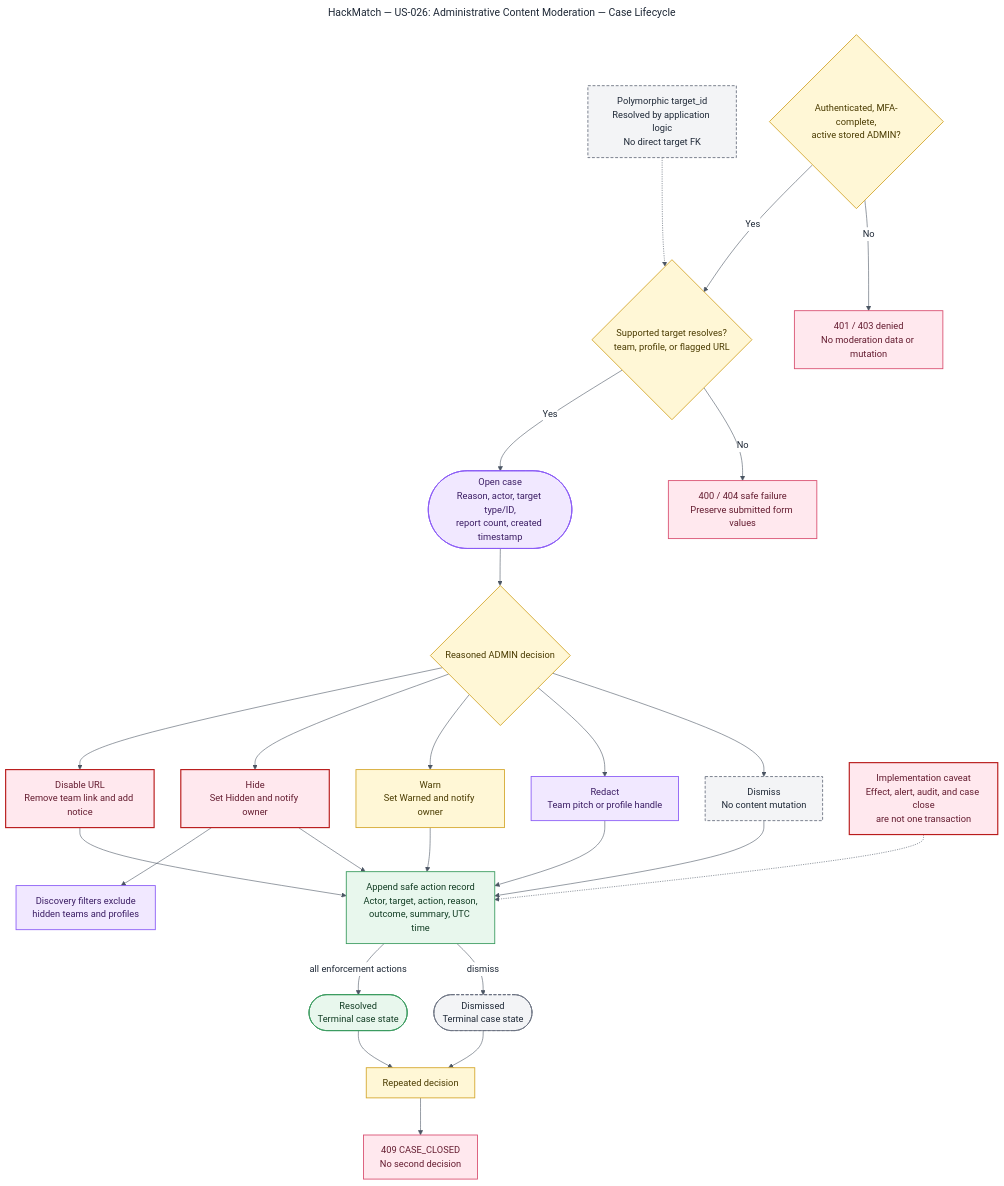
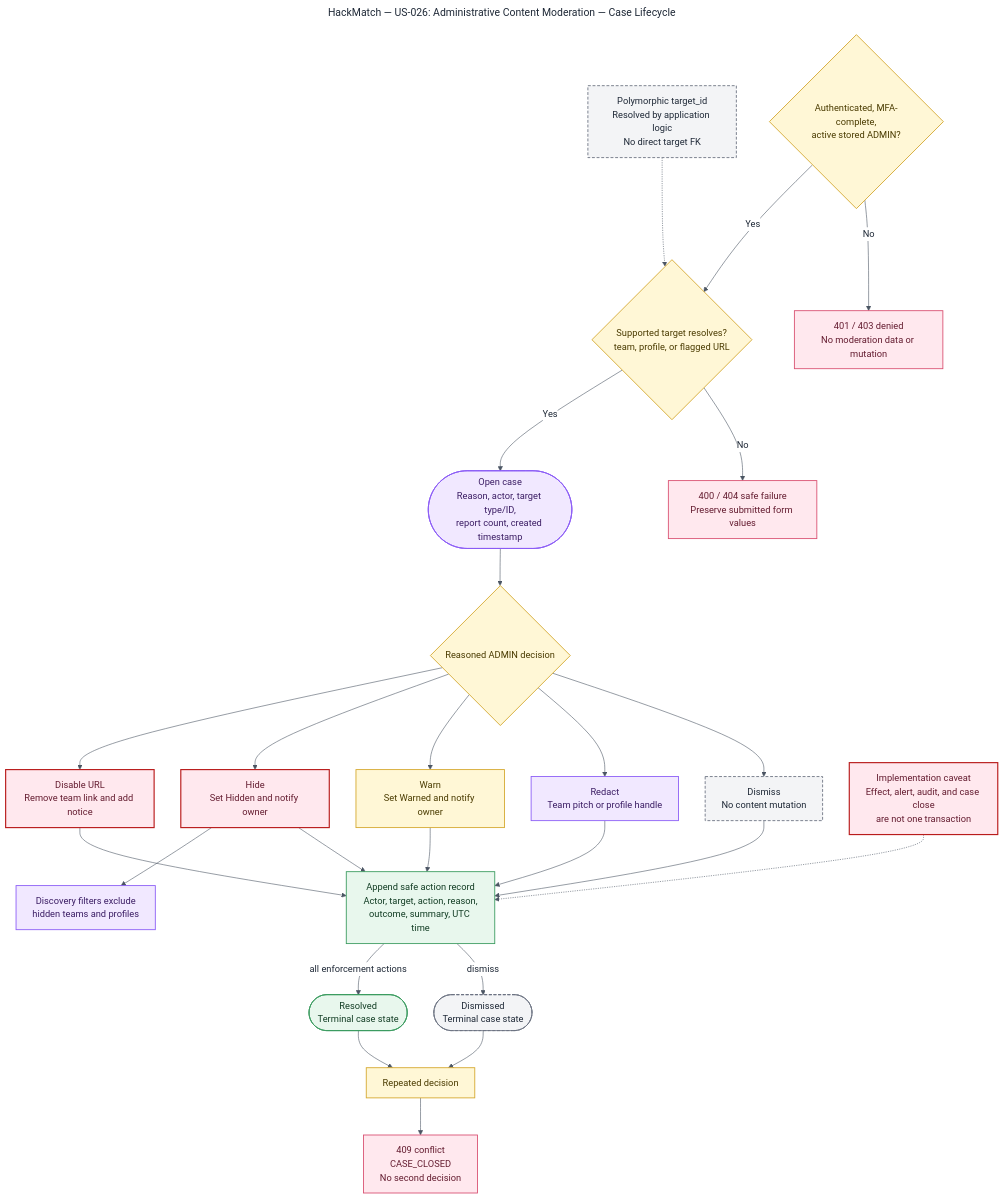
One commit to comp313-g1/HackMatch changed the diagram in docs/diagrams/US-026/US-026-moderation-case-lifecycle-flow.mmd. Above: the diagram before and after it, drawn with Mermaid. The commit also changed 54 other files, not shown here.

Commit message:
docs(diagrams): add US-035 and align engineering diagrams (#450)

```diff
--- a/docs/diagrams/US-026/US-026-moderation-case-lifecycle-flow.mmd
+++ b/docs/diagrams/US-026/US-026-moderation-case-lifecycle-flow.mmd
@@ -1,56 +1,56 @@
 ---
 title: "HackMatch — US-026: Administrative Content Moderation — Case Lifecycle"
 ---
 %%{init: {"theme":"base","themeVariables":{"background":"#ffffff","primaryTextColor":"#1f2937","lineColor":"#4b5563","edgeLabelBackground":"#ffffff","fontFamily":"Arial, sans-serif"},"flowchart":{"useMaxWidth":true,"htmlLabels":true,"curve":"basis","nodeSpacing":46,"rankSpacing":64,"padding":14}}}%%
 flowchart TD
     ACCESS{"Authenticated, MFA-complete,<br/>active stored ADMIN?"}:::decision
     DENIED["401 / 403 denied<br/>No moderation data or mutation"]:::denied
     TARGET{"Supported target resolves?<br/>team, profile, or flagged URL"}:::decision
     INVALID["400 / 404 safe failure<br/>Preserve submitted form values"]:::denied
     OPEN(["Open case<br/>Reason, actor, target type/ID,<br/>report count, created timestamp"]):::team
     DECIDE{"Reasoned ADMIN decision"}:::decision
     DISMISS["Dismiss<br/>No content mutation"]:::internal
     REDACT["Redact<br/>Team pitch or profile handle"]:::team
     WARN["Warn<br/>Set Warned and notify owner"]:::decision
     HIDE["Hide<br/>Set Hidden and notify owner"]:::danger
     URL["Disable URL<br/>Remove team link and add notice"]:::danger
     AUDIT["Append safe action record<br/>Actor, target, action, reason,<br/>outcome, summary, UTC time"]:::success
     DISMISSED(["Dismissed<br/>Terminal case state"]):::internal
     RESOLVED(["Resolved<br/>Terminal case state"]):::success
     DISCOVERY["Discovery filters exclude<br/>hidden teams and profiles"]:::team
     REPEAT["Repeated decision"]:::decision
-    CLOSED["409 CASE_CLOSED<br/>No second decision"]:::denied
+    CLOSED["409 conflict<br/>CASE_CLOSED<br/>No second decision"]:::denied
     POLY["Polymorphic target_id<br/>Resolved by application logic<br/>No direct target FK"]:::internal
     NONATOMIC["Implementation caveat<br/>Effect, alert, audit, and case close<br/>are not one transaction"]:::danger
 
     ACCESS -->|"No"| DENIED
     ACCESS -->|"Yes"| TARGET
     TARGET -->|"No"| INVALID
     TARGET -->|"Yes"| OPEN
     POLY -.-> TARGET
     OPEN --> DECIDE
     DECIDE --> DISMISS
     DECIDE --> REDACT
     DECIDE --> WARN
     DECIDE --> HIDE
     DECIDE --> URL
     DISMISS --> AUDIT
     REDACT --> AUDIT
     WARN --> AUDIT
     HIDE --> AUDIT
     URL --> AUDIT
     AUDIT -->|"dismiss"| DISMISSED
     AUDIT -->|"all enforcement actions"| RESOLVED
     HIDE --> DISCOVERY
     RESOLVED --> REPEAT
     DISMISSED --> REPEAT
     REPEAT --> CLOSED
     NONATOMIC -.-> AUDIT
 
     classDef identity fill:#e8f1ff,stroke:#3b82f6,color:#172554,stroke-width:1.5px;
     classDef decision fill:#fff7d6,stroke:#d4a72c,color:#4a3b00,stroke-width:1.5px;
     classDef team fill:#f1e8ff,stroke:#8b5cf6,color:#3b1d64,stroke-width:1.5px;
     classDef success fill:#e8f7ed,stroke:#3a9b5f,color:#123d24,stroke-width:1.5px;
     classDef denied fill:#ffe8ee,stroke:#d94f70,color:#641c30,stroke-width:1.5px;
     classDef danger fill:#ffe8ee,stroke:#b91c1c,color:#641c30,stroke-width:2px;
     classDef internal fill:#f3f4f6,stroke:#6b7280,color:#1f2937,stroke-width:1.5px,stroke-dasharray:5 3;
```
